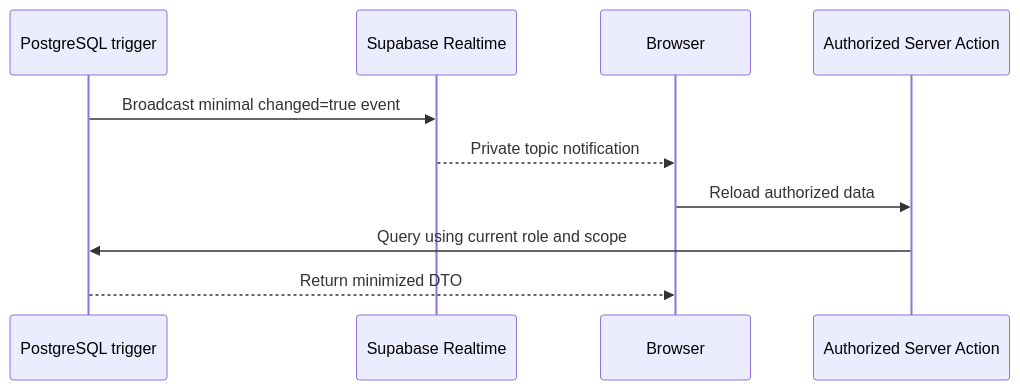
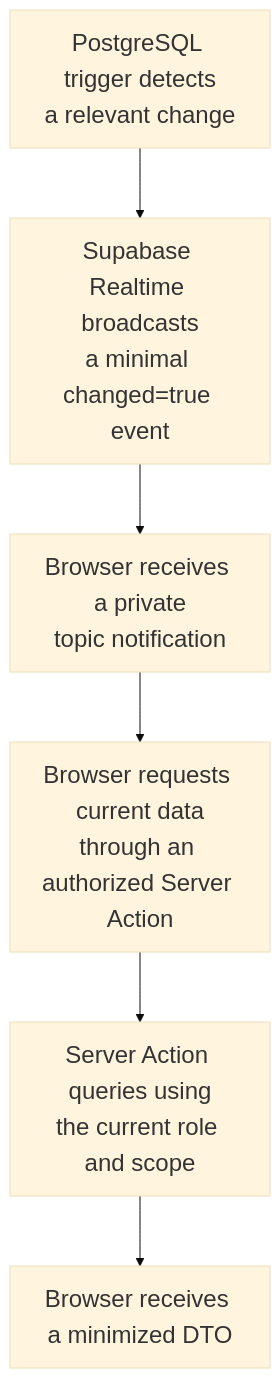
The fourth of 14 diagrams in docs/SOFTWARE_ARCHITECTURE_DOCUMENT.md (Tokise/Zentraq-backend), drawn with Mermaid before and after one commit. The commit also changed other lines of this file, not shown here.

````diff
--- a/docs/SOFTWARE_ARCHITECTURE_DOCUMENT.md
+++ b/docs/SOFTWARE_ARCHITECTURE_DOCUMENT.md
@@ -215,13 +248,23 @@
 ```mermaid
-sequenceDiagram
-    participant DB as PostgreSQL trigger
-    participant RT as Supabase Realtime
-    participant Browser
-    participant Action as Authorized Server Action
+---
+config:
+  theme: base
+  themeVariables:
+    fontSize: "24px"
+  flowchart:
+    nodeSpacing: 50
+    rankSpacing: 70
+  er:
+    fontSize: 24
+    layoutDirection: TB
+---
+flowchart TB
+    Trigger["PostgreSQL trigger detects<br/>a relevant change"]
+    Realtime["Supabase Realtime broadcasts<br/>a minimal changed=true event"]
+    Browser["Browser receives a private<br/>topic notification"]
+    Action["Browser requests current data<br/>through an authorized Server Action"]
+    Query["Server Action queries using<br/>the current role and scope"]
+    Result["Browser receives a minimized DTO"]
 
-    DB->>RT: Broadcast minimal changed=true event
-    RT-->>Browser: Private topic notification
-    Browser->>Action: Reload authorized data
-    Action->>DB: Query using current role and scope
-    DB-->>Browser: Return minimized DTO
+    Trigger --> Realtime --> Browser --> Action --> Query --> Result
 ```
````
